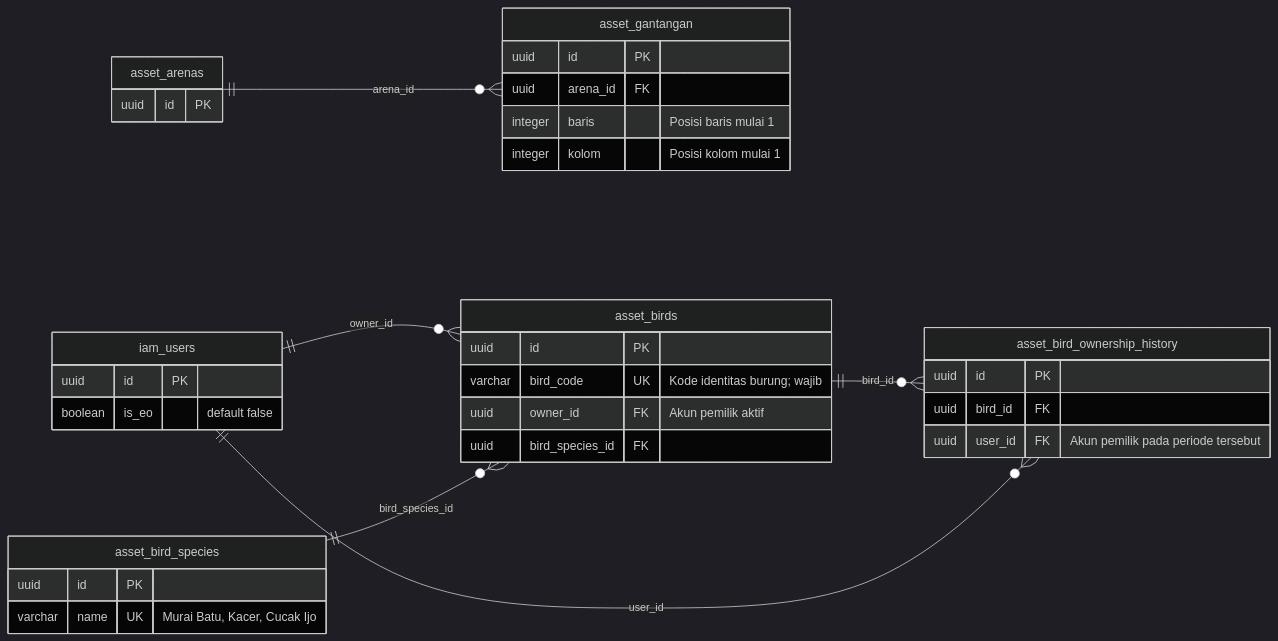
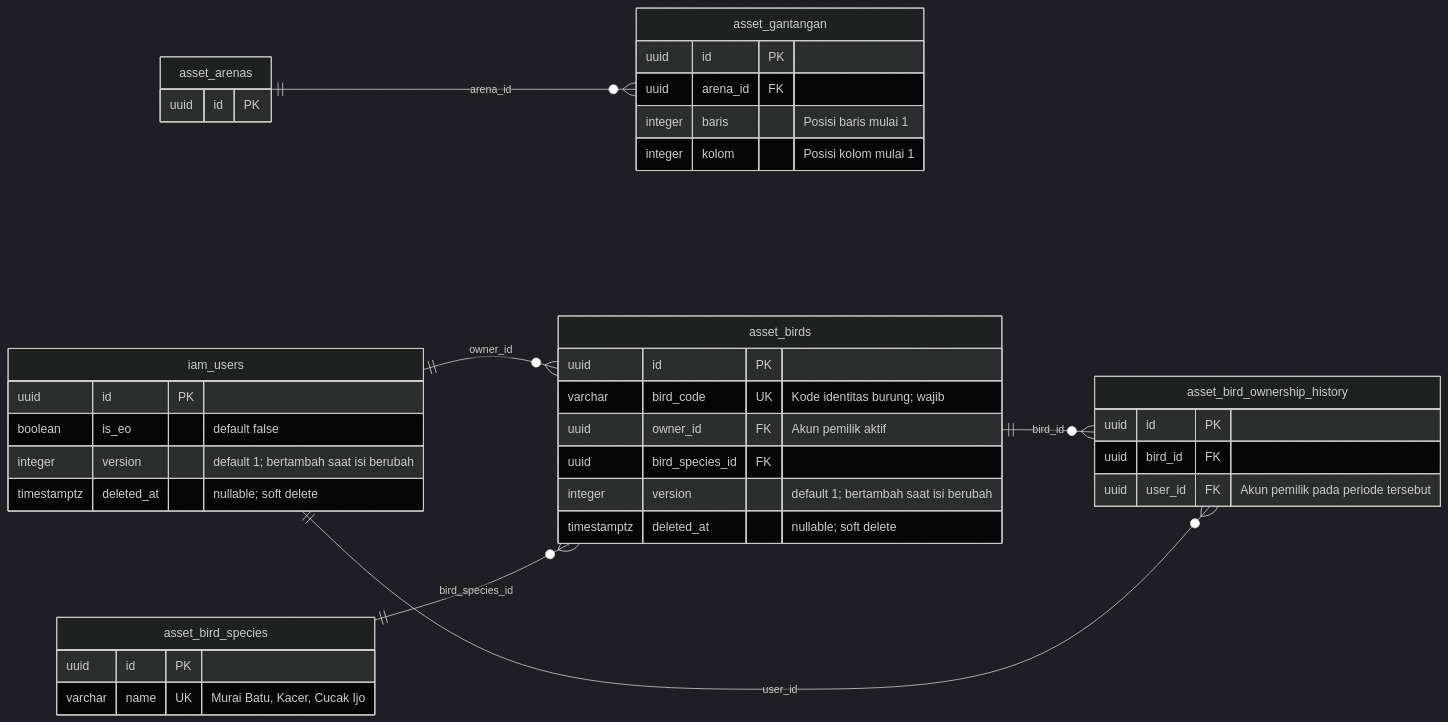
One commit to bachtiarilham/kicau-mania changed the third of 8 diagrams in cloud-app/db/ERD.md. Above: the diagram before and after it, drawn with Mermaid (dark theme). The commit also changed other lines of this file, not shown here.

Commit message:
update : erd

````diff
--- a/cloud-app/db/ERD.md
+++ b/cloud-app/db/ERD.md
@@ -121,37 +131,41 @@
 ```mermaid
 erDiagram
     direction LR
     asset_arenas {
         uuid id PK
     }
     asset_gantangan {
         uuid id PK
         uuid arena_id FK
         integer baris "Posisi baris mulai 1"
         integer kolom "Posisi kolom mulai 1"
     }
     iam_users {
         uuid id PK
         boolean is_eo "default false"
+        integer version "default 1; bertambah saat isi berubah"
+        timestamptz deleted_at "nullable; soft delete"
     }
     asset_bird_species {
         uuid id PK
         varchar name UK "Murai Batu, Kacer, Cucak Ijo"
     }
     asset_birds {
         uuid id PK
         varchar bird_code UK "Kode identitas burung; wajib"
         uuid owner_id FK "Akun pemilik aktif"
         uuid bird_species_id FK
+        integer version "default 1; bertambah saat isi berubah"
+        timestamptz deleted_at "nullable; soft delete"
     }
     asset_bird_ownership_history {
         uuid id PK
         uuid bird_id FK
         uuid user_id FK "Akun pemilik pada periode tersebut"
     }
     asset_arenas ||--o{ asset_gantangan : arena_id
     iam_users ||--o{ asset_birds : owner_id
     asset_bird_species ||--o{ asset_birds : bird_species_id
     asset_birds ||--o{ asset_bird_ownership_history : bird_id
     iam_users ||--o{ asset_bird_ownership_history : user_id
 ```
````
